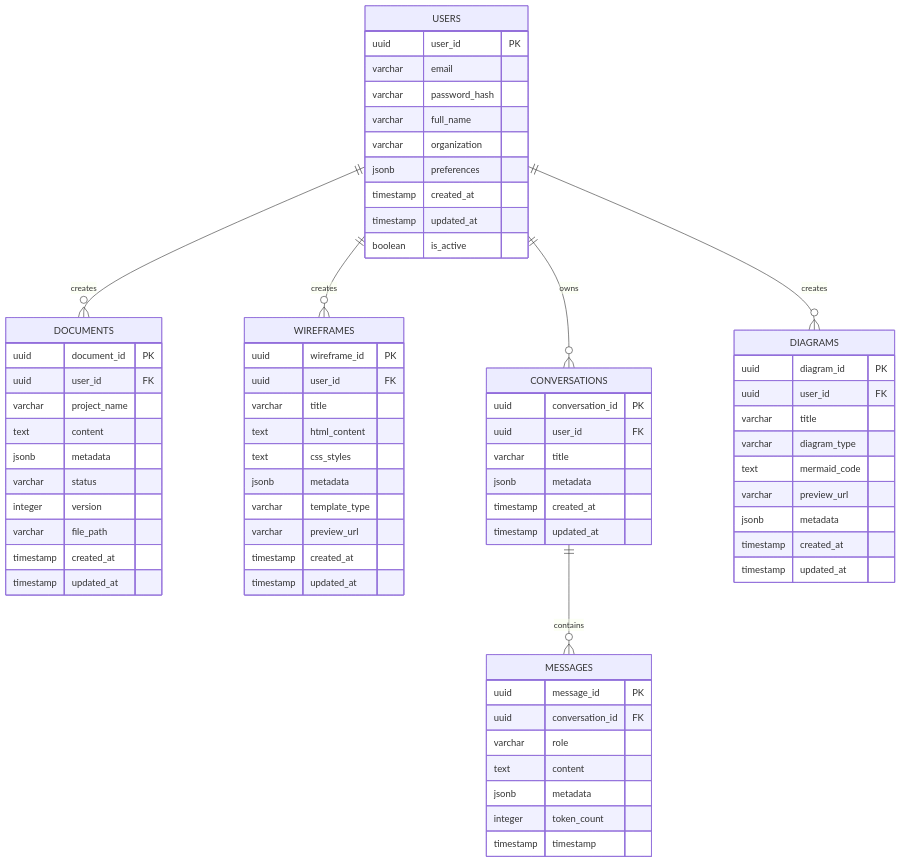
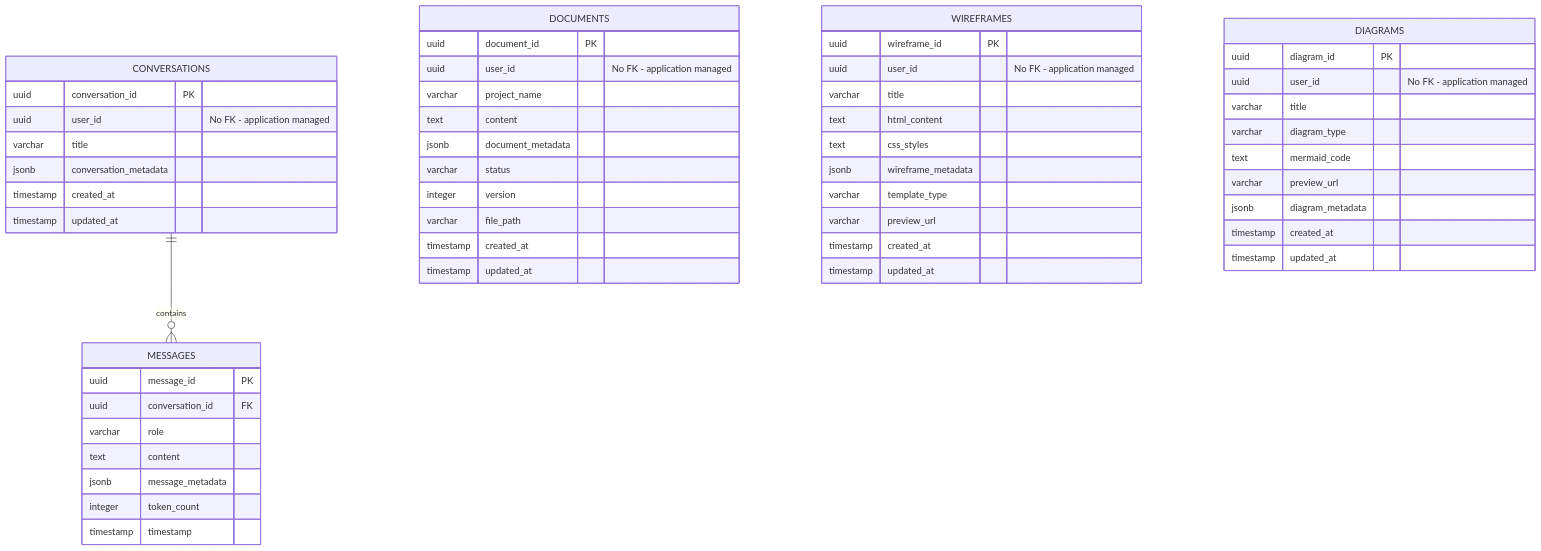
One commit to KHTNK22-DATN-BA-Copilot/ba_copilot_ai changed the second of 2 diagrams in docs/database_documentation.md. Above: the diagram before and after it, drawn with Mermaid. The commit also changed other lines of this file and 4 other files, not shown here.

Commit message:
OPS-62 docs update remove backend-related services

````diff
--- a/docs/database_documentation.md
+++ b/docs/database_documentation.md
@@ -200,77 +188,64 @@
 ```mermaid
 erDiagram
-    USERS ||--o{ DOCUMENTS : creates
-    USERS ||--o{ WIREFRAMES : creates
-    USERS ||--o{ CONVERSATIONS : owns
-    USERS ||--o{ DIAGRAMS : creates
+    %% AI Services Database Schema
+    %% Note: No USERS table - managed by Backend Repository
+
     CONVERSATIONS ||--o{ MESSAGES : contains
-
-    USERS {
-        uuid user_id PK
-        varchar email
-        varchar password_hash
-        varchar full_name
-        varchar organization
-        jsonb preferences
-        timestamp created_at
-        timestamp updated_at
-        boolean is_active
-    }
 
     DOCUMENTS {
         uuid document_id PK
-        uuid user_id FK
+        uuid user_id "No FK - application managed"
         varchar project_name
         text content
-        jsonb metadata
+        jsonb document_metadata
         varchar status
         integer version
         varchar file_path
         timestamp created_at
         timestamp updated_at
     }
 
     WIREFRAMES {
         uuid wireframe_id PK
-        uuid user_id FK
+        uuid user_id "No FK - application managed"
         varchar title
         text html_content
         text css_styles
-        jsonb metadata
+        jsonb wireframe_metadata
         varchar template_type
         varchar preview_url
         timestamp created_at
         timestamp updated_at
     }
 
     CONVERSATIONS {
         uuid conversation_id PK
-        uuid user_id FK
+        uuid user_id "No FK - application managed"
         varchar title
-        jsonb metadata
+        jsonb conversation_metadata
         timestamp created_at
         timestamp updated_at
     }
 
     MESSAGES {
         uuid message_id PK
         uuid conversation_id FK
         varchar role
         text content
-        jsonb metadata
+        jsonb message_metadata
         integer token_count
         timestamp timestamp
     }
 
     DIAGRAMS {
         uuid diagram_id PK
-        uuid user_id FK
+        uuid user_id "No FK - application managed"
         varchar title
         varchar diagram_type
         text mermaid_code
         varchar preview_url
-        jsonb metadata
+        jsonb diagram_metadata
         timestamp created_at
         timestamp updated_at
     }
 ```
````
